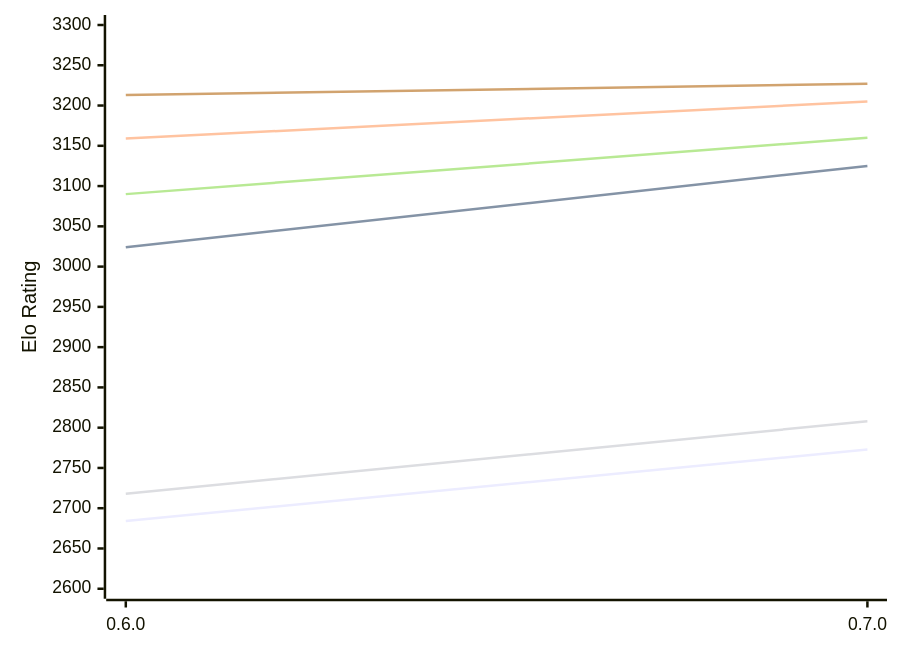
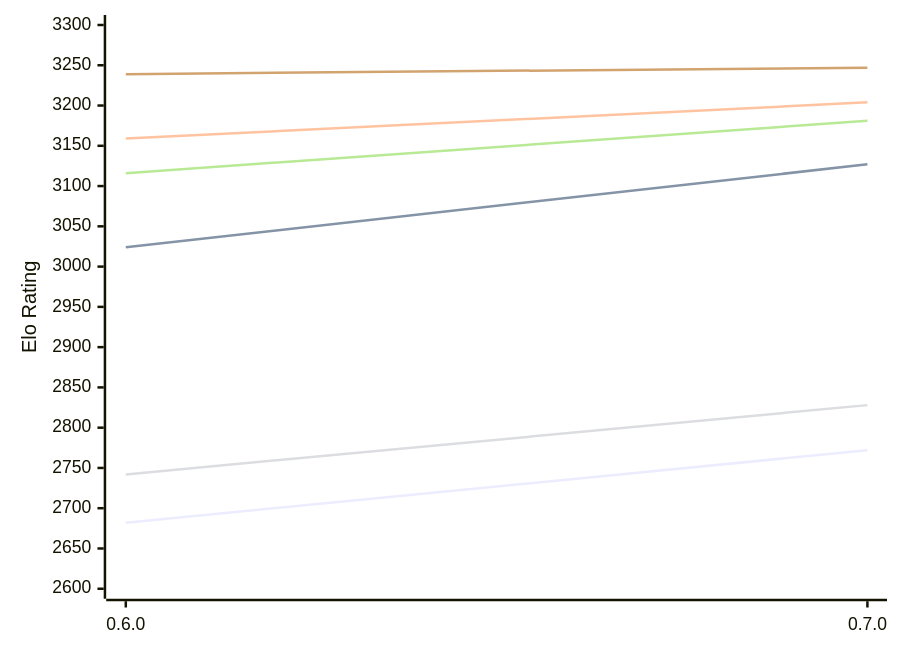
The first of 2 diagrams in engines/AteNika.md (computer-chess-index/cci), drawn with Mermaid before and after one commit. The commit also changed other lines of this file, not shown here.

Commit message:
Update CCI Ratings (ELO VLTC) - 2026-11-04

````diff
--- a/engines/AteNika.md
+++ b/engines/AteNika.md
@@ -52,12 +52,12 @@
 ```mermaid
 %%{init: {"theme":"base","themeVariables":{"seriesColors:['#a3a3a3','#222221','#faa371']}}}%%
 xychart-beta
   x-axis ["0.6.0", "0.7.0"]
   y-axis "Elo Rating" 2600 --> 3300
-  line "E1: STC (8.0+0.08s)" [2684, 2773]
-  line "E1: LTC (60.0+0.60s)" [3024, 3125]
-  line "E1: VLTC (2m24s+1.12s)" [3159, 3205]
-  line "P1: STC (8.0+0.08s)" [2718, 2808]
-  line "P1: LTC (60.0+0.60s)" [3090, 3160]
-  line "P1: VLTC (2m24s+1.12s)" [3213, 3227]
+  line "E1: STC (8.0+0.08s)" [2682, 2772]
+  line "E1: LTC (60.0+0.60s)" [3024, 3127]
+  line "E1: VLTC (2m24s+1.12s)" [3159, 3204]
+  line "P1: STC (8.0+0.08s)" [2742, 2828]
+  line "P1: LTC (60.0+0.60s)" [3116, 3181]
+  line "P1: VLTC (2m24s+1.12s)" [3239, 3247]
 ```
````
